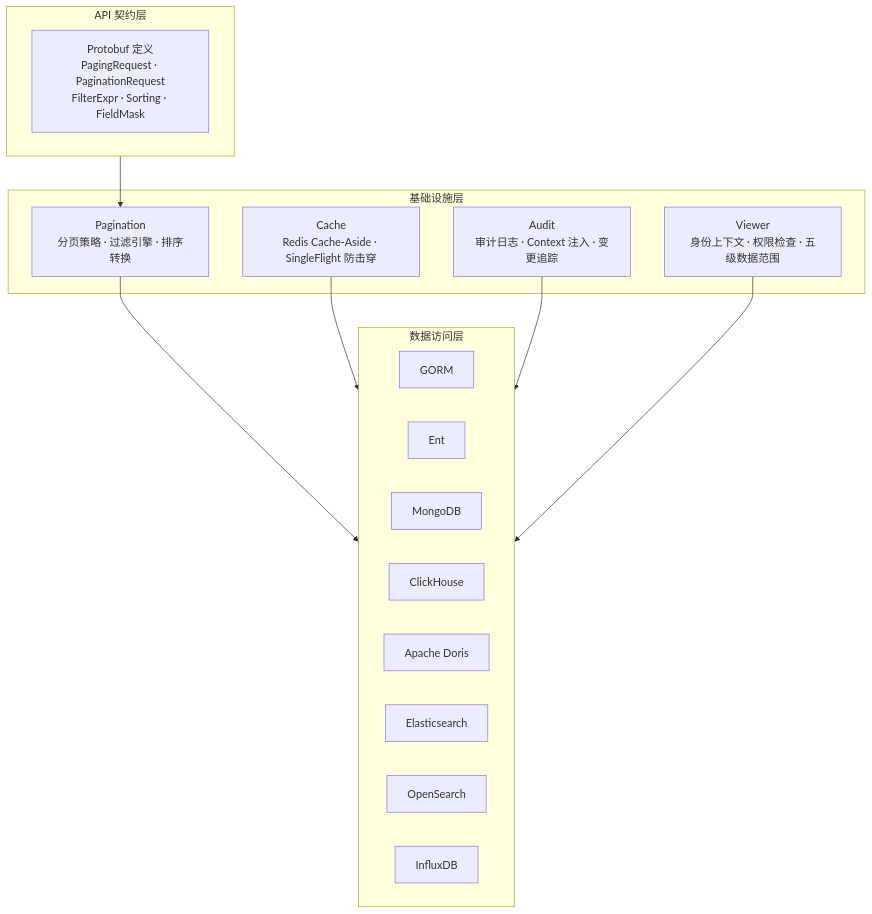
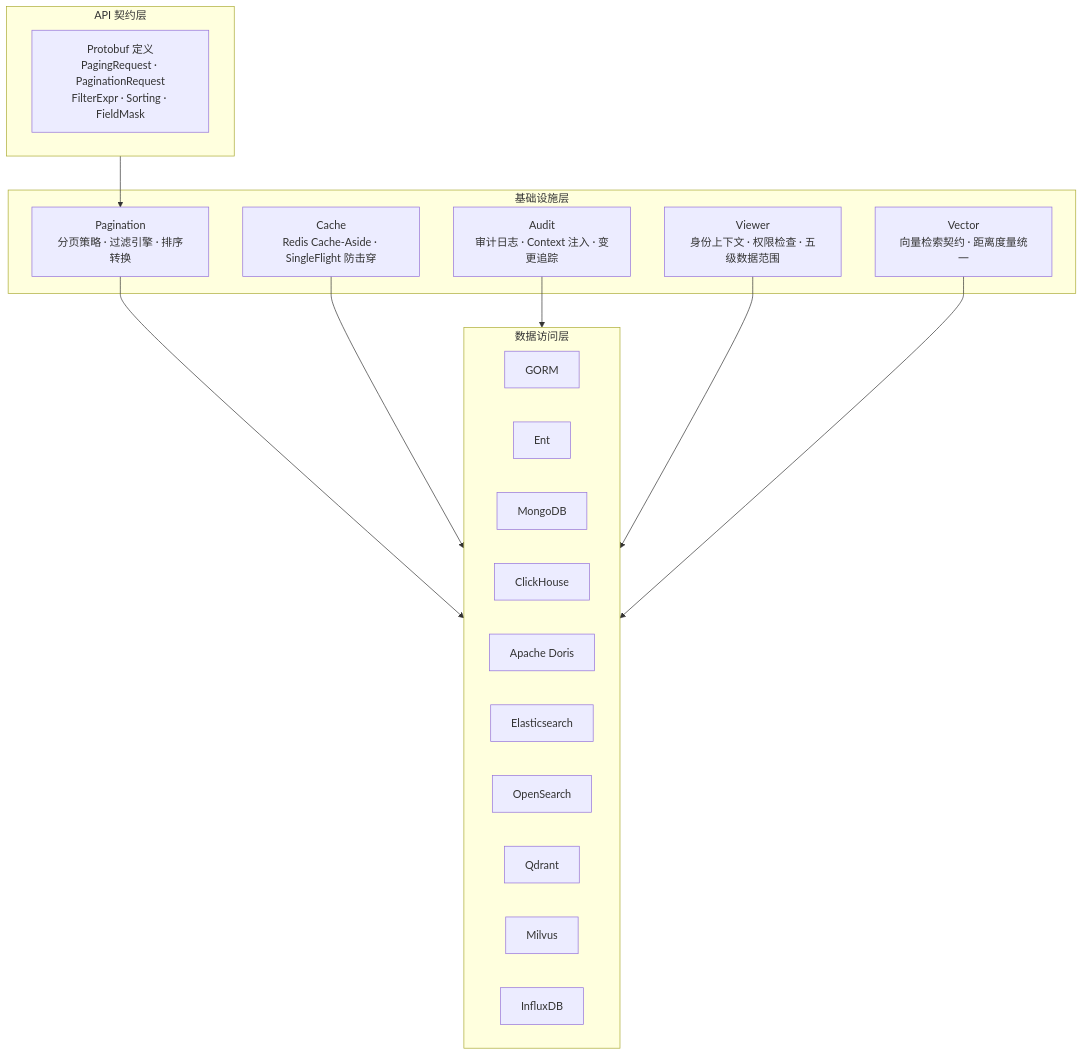
One commit to tx7do/go-crud changed the diagram in README.md. Above: the diagram before and after it, drawn with Mermaid. The commit also changed other lines of this file and 34 other files, not shown here.

````diff
--- a/README.md
+++ b/README.md
@@ -57,30 +59,34 @@
 ```mermaid
 graph TB
     subgraph API["API 契约层"]
         Proto["Protobuf 定义<br/>PagingRequest · PaginationRequest<br/>FilterExpr · Sorting · FieldMask"]
     end
 
     subgraph Infra["基础设施层"]
         Pagination["Pagination<br/>分页策略 · 过滤引擎 · 排序转换"]
         Cache["Cache<br/>Redis Cache-Aside · SingleFlight 防击穿"]
         Audit["Audit<br/>审计日志 · Context 注入 · 变更追踪"]
         Viewer["Viewer<br/>身份上下文 · 权限检查 · 五级数据范围"]
+        Vector["Vector<br/>向量检索契约 · 距离度量统一"]
     end
 
     subgraph DAL["数据访问层"]
         GORM["GORM"]
         ENT["Ent"]
         Mongo["MongoDB"]
         CH["ClickHouse"]
         Doris["Apache Doris"]
         ES["Elasticsearch"]
         OS["OpenSearch"]
+        Qdrant["Qdrant"]
+        Milvus["Milvus"]
         Influx["InfluxDB"]
     end
 
     API --> Pagination
     Pagination --> DAL
     Cache --> DAL
     Audit --> DAL
     Viewer --> DAL
+    Vector --> DAL
 ```
````
